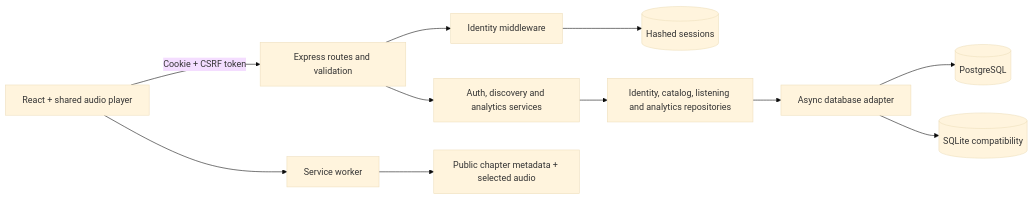
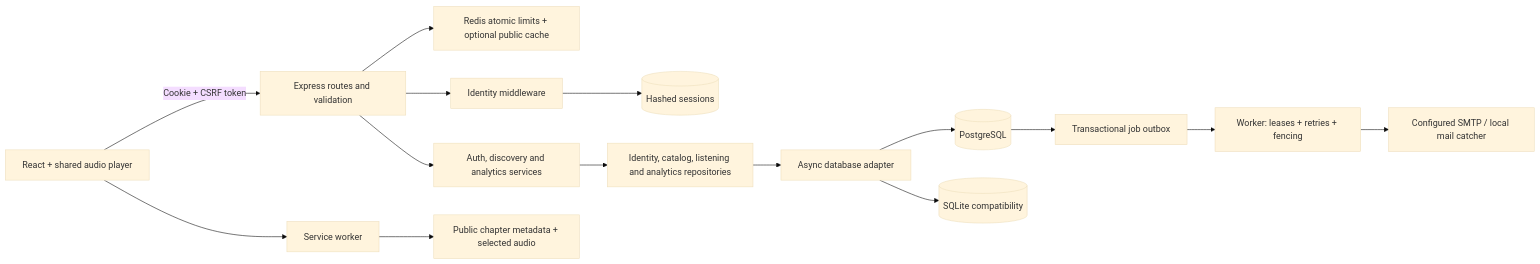
One commit to codeit-ronit/SOUNDWAVE changed the diagram in docs/ARCHITECTURE.md. Above: the diagram before and after it, drawn with Mermaid (base theme). The commit also changed other lines of this file and 5 other files, not shown here.

````diff
--- a/docs/ARCHITECTURE.md
+++ b/docs/ARCHITECTURE.md
@@ -7,13 +7,17 @@
 ```mermaid
 flowchart LR
   UI[React + shared audio player] -->|Cookie + CSRF token| API[Express routes and validation]
+  API --> Redis[Redis atomic limits + optional public cache]
   API --> Auth[Identity middleware]
   Auth --> Sessions[(Hashed sessions)]
   API --> Services[Auth, discovery and analytics services]
   Services --> Repos[Identity, catalog, listening and analytics repositories]
   Repos --> Adapter[Async database adapter]
   Adapter --> PG[(PostgreSQL)]
+  PG --> Jobs[Transactional job outbox]
+  Jobs --> Worker[Worker: leases + retries + fencing]
+  Worker --> SMTP[Configured SMTP / local mail catcher]
   Adapter --> SQLite[(SQLite compatibility)]
   UI --> SW[Service worker]
   SW --> Cache[Public chapter metadata + selected audio]
 ```
````
